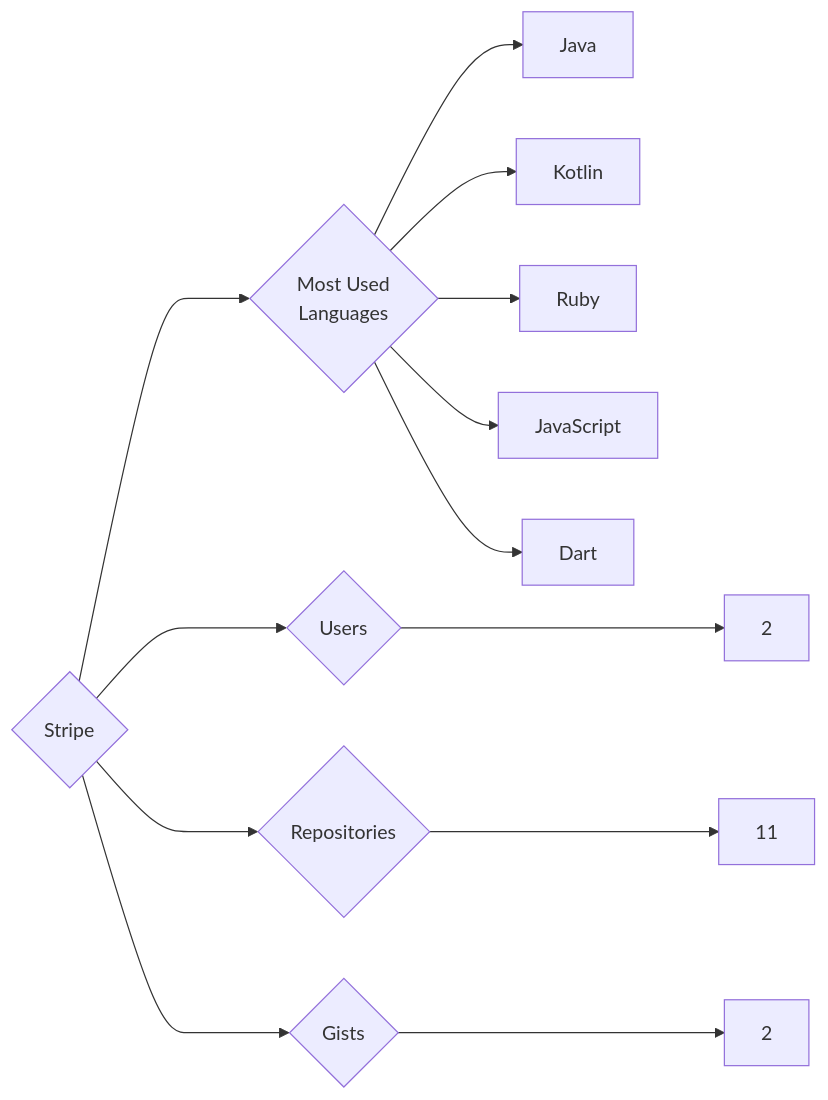
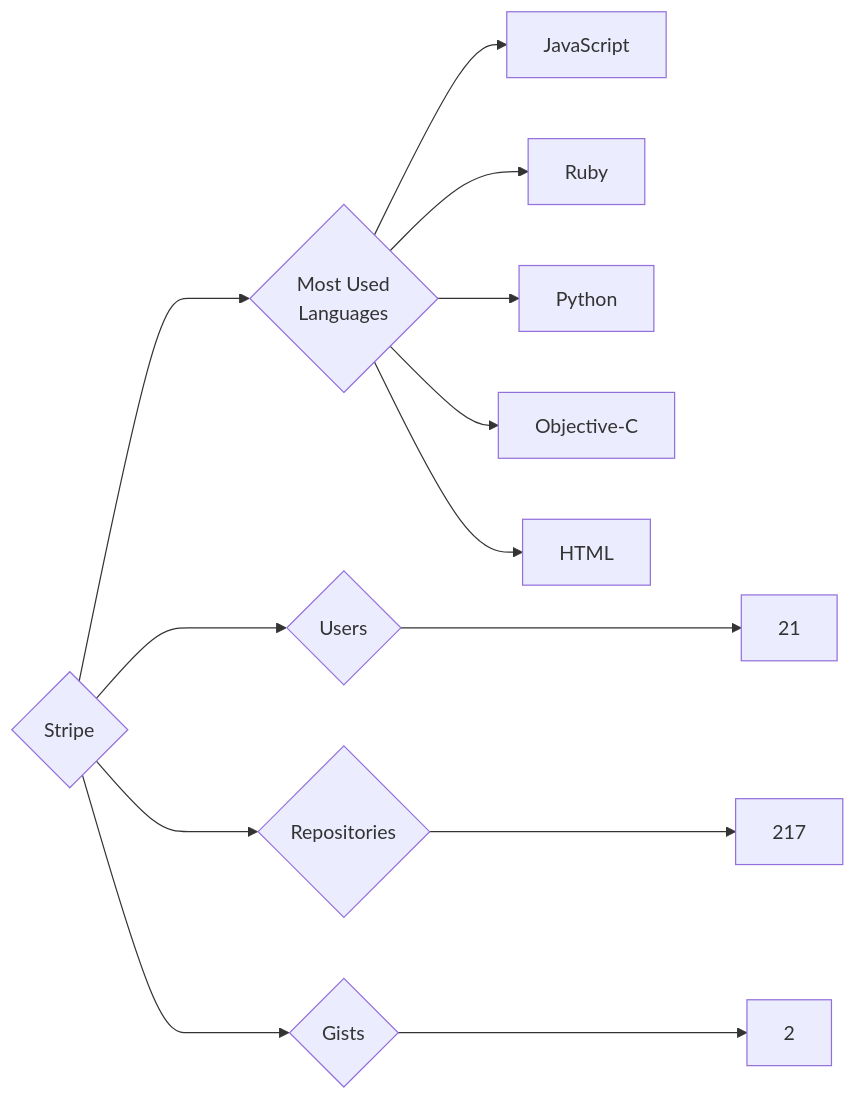
Before and after one commit to trickest/insiders: the diagram in targets/Stripe/README.md, drawn with Mermaid. The commit also changed 725 other files, not shown here.

````diff
--- a/targets/Stripe/README.md
+++ b/targets/Stripe/README.md
@@ -3,13 +3,13 @@
 ```mermaid
 graph LR
 COMPANY_NAME{Stripe}
-COMPANY_NAME ---> U{Users} ---> UN[2]
-COMPANY_NAME ---> R{Repositories} ---> RN[11]
+COMPANY_NAME ---> U{Users} ---> UN[21]
+COMPANY_NAME ---> R{Repositories} ---> RN[217]
 COMPANY_NAME ---> G{Gists} ---> GN[2]
 COMPANY_NAME ---> ML{Most Used<br>Languages}
-ML --> Java[Java]
-ML --> Kotlin[Kotlin]
+ML --> JavaScript[JavaScript]
 ML --> Ruby[Ruby]
-ML --> JavaScript[JavaScript]
-ML --> Dart[Dart]
+ML --> Python[Python]
+ML --> Objective-C[Objective-C]
+ML --> HTML[HTML]
 ```
````
